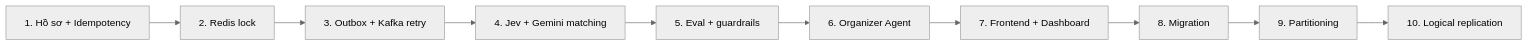
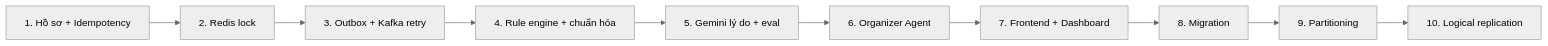
Before and after one commit to Trung1234/davas-matching: diagram 11 of 11 in README.md, drawn with Mermaid (neutral theme). The commit also changed other lines of this file, not shown here.

````diff
--- a/README.md
+++ b/README.md
@@ -823,12 +919,12 @@
 ```mermaid
 flowchart LR
     S1["1. Hồ sơ + Idempotency"] --> S2["2. Redis lock"]
     S2 --> S3["3. Outbox + Kafka retry"]
-    S3 --> S4["4. Jev + Gemini matching"]
-    S4 --> S5["5. Eval + guardrails"]
+    S3 --> S4["4. Rule engine + chuẩn hóa"]
+    S4 --> S5["5. Gemini lý do + eval"]
     S5 --> S6["6. Organizer Agent"]
     S6 --> S7["7. Frontend + Dashboard"]
     S7 --> S8["8. Migration"]
     S8 --> S9["9. Partitioning"]
     S9 --> S10["10. Logical replication"]
 ```
````
